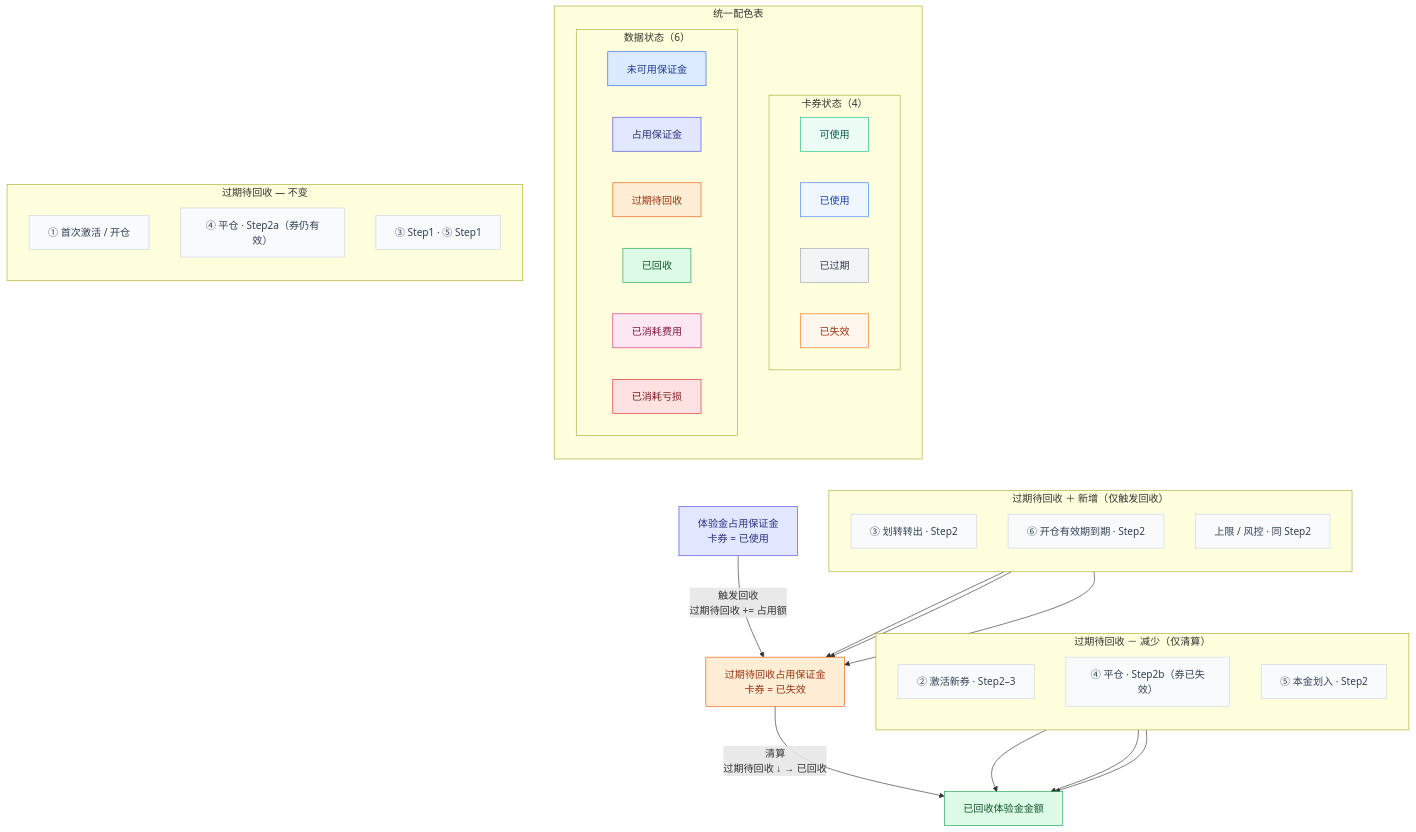
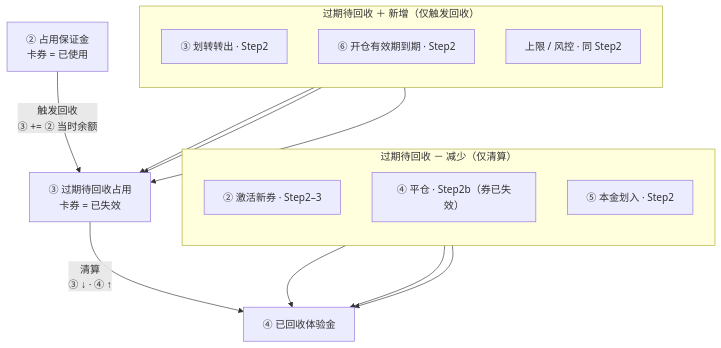
One commit to DashuaibiZZY/prototype changed the diagram in perp_dex/流程图/体验金回收-过期待回收关联.mmd. Above: the diagram before and after it, drawn with Mermaid. The commit also changed 5 other files, not shown here.

```diff
--- a/perp_dex/流程图/体验金回收-过期待回收关联.mmd
+++ b/perp_dex/流程图/体验金回收-过期待回收关联.mmd
@@ -1,86 +1,30 @@
 flowchart TB
-    subgraph LEGEND["统一配色表"]
-        direction TB
-        subgraph L_C["卡券状态（4）"]
-            direction LR
-            LC1["可使用"]
-            LC2["已使用"]
-            LC3["已过期"]
-            LC4["已失效"]
-        end
-        subgraph L_D["数据状态（6）"]
-            direction LR
-            LD1["未可用保证金"]
-            LD2["占用保证金"]
-            LD3["过期待回收"]
-            LD4["已回收"]
-            LD5["已消耗费用"]
-            LD6["已消耗亏损"]
-        end
-    end
-
-    O["体验金占用保证金<br/>卡券 = 已使用"]
+    O["② 占用保证金<br/>卡券 = 已使用"]
 
     subgraph 新增["过期待回收 ＋ 新增（仅触发回收）"]
         direction TB
         P1["③ 划转转出 · Step2"]
         P2["⑥ 开仓有效期到期 · Step2"]
         P3["上限 / 风控 · 同 Step2"]
     end
 
-    PENDING["过期待回收占用保证金<br/>卡券 = 已失效"]
+    PENDING["③ 过期待回收占用<br/>卡券 = 已失效"]
 
     subgraph 减少["过期待回收 － 减少（仅清算）"]
         direction TB
         M1["② 激活新券 · Step2–3"]
         M2["④ 平仓 · Step2b（券已失效）"]
         M3["⑤ 本金划入 · Step2"]
     end
 
-    R["已回收体验金金额"]
+    R["④ 已回收体验金"]
 
-    subgraph 不变["过期待回收 — 不变"]
-        direction TB
-        N1["① 首次激活 / 开仓"]
-        N2["④ 平仓 · Step2a（券仍有效）"]
-        N3["③ Step1 · ⑤ Step1"]
-    end
-
-    LEGEND ~~~ O
-
-    O -->|"触发回收<br/>过期待回收 += 占用额"| PENDING
+    O -->|"触发回收<br/>③ += ② 当时余额"| PENDING
     P1 --> PENDING
     P2 --> PENDING
     P3 --> PENDING
 
-    PENDING -->|"清算<br/>过期待回收 ↓ → 已回收"| R
+    PENDING -->|"清算<br/>③ ↓ · ④ ↑"| R
     M1 --> R
     M2 --> R
     M3 --> R
-
-    classDef cAvail fill:#ecfdf5,stroke:#10b981,color:#065f46
-    classDef cUsed fill:#eff6ff,stroke:#3b82f6,color:#1e40af
-    classDef cExpired fill:#f3f4f6,stroke:#9ca3af,color:#374151
-    classDef cInvalid fill:#fff7ed,stroke:#f97316,color:#9a3412
-    classDef dAvail fill:#dbeafe,stroke:#2563eb,color:#1e3a8a
-    classDef dOcc fill:#e0e7ff,stroke:#4f46e5,color:#312e81
-    classDef dPending fill:#ffedd5,stroke:#ea580c,color:#9a3412
-    classDef dReclaimed fill:#dcfce7,stroke:#16a34a,color:#14532d
-    classDef dFee fill:#fce7f3,stroke:#db2777,color:#831843
-    classDef dLoss fill:#fee2e2,stroke:#dc2626,color:#7f1d1d
-    classDef neutral fill:#f8fafc,stroke:#cbd5e1,color:#334155
-
-    class LC1 cAvail
-    class LC2 cUsed
-    class LC3 cExpired
-    class LC4 cInvalid
-    class LD1 dAvail
-    class LD2 dOcc
-    class LD3 dPending
-    class LD4 dReclaimed
-    class LD5 dFee
-    class LD6 dLoss
-    class O dOcc
-    class PENDING dPending
-    class R dReclaimed
-    class P1,P2,P3,M1,M2,M3,N1,N2,N3 neutral
```
